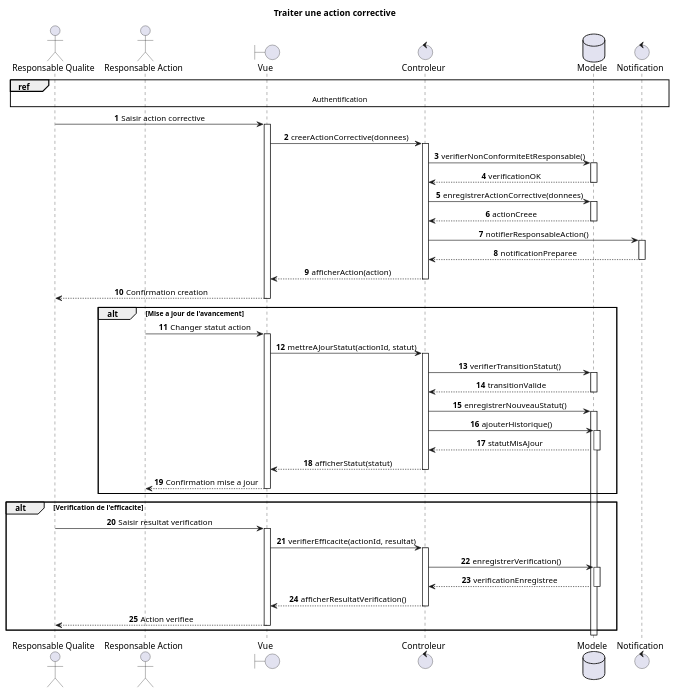
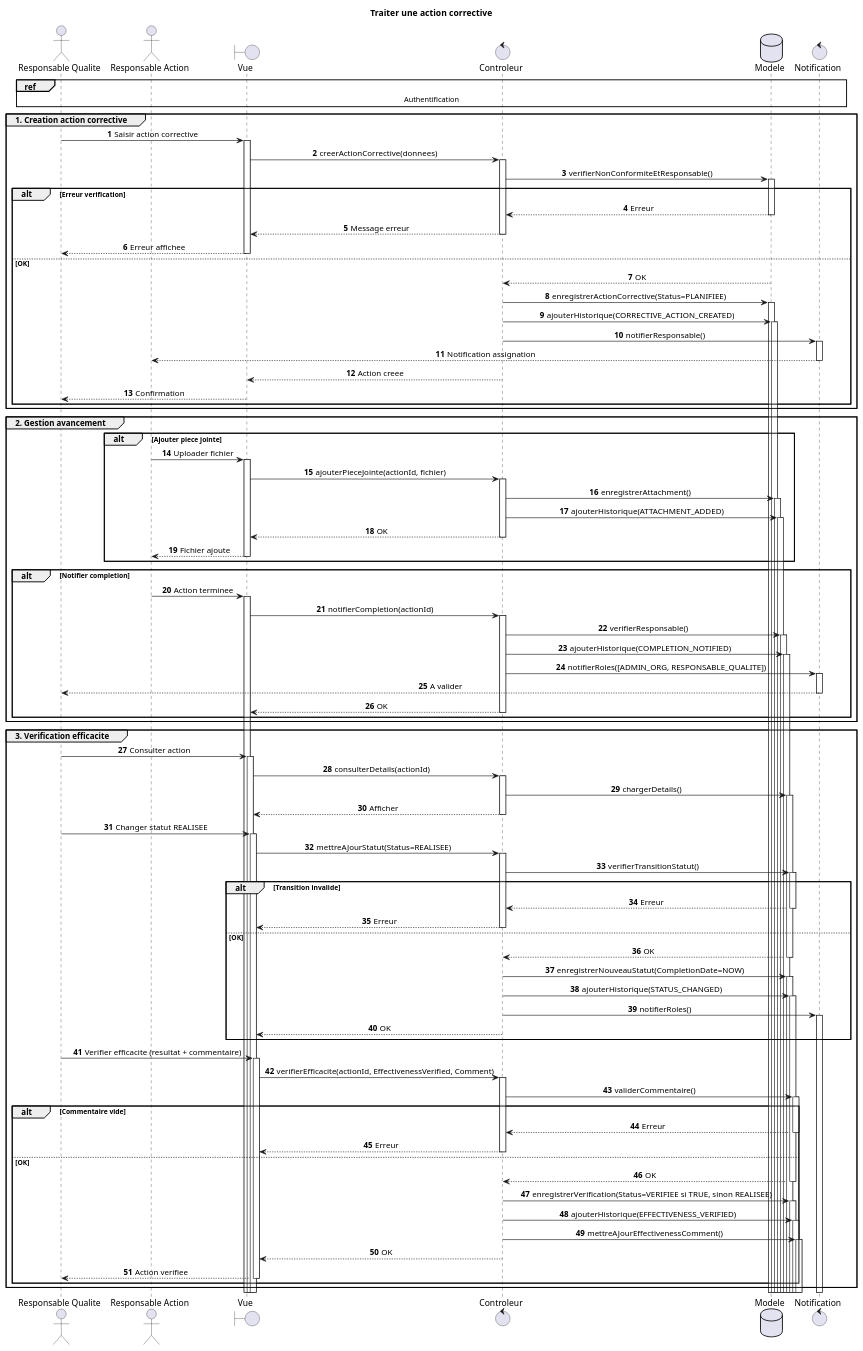
One commit to declared-as-ala/oussama changed the seventh of 10 diagrams in sequence.md. Above: the diagram before and after it, drawn with PlantUML. The commit also changed 16 other files, not shown here.

````diff
--- a/sequence.md
+++ b/sequence.md
@@ -268,37 +268,83 @@
 
 ref over RQ, N : Authentification
 
-RQ -> V : Saisir action corrective
-V -> C : creerActionCorrective(donnees)
-C -> M : verifierNonConformiteEtResponsable()
-M --> C : verificationOK
-C -> M : enregistrerActionCorrective(donnees)
-M --> C : actionCreee
-C -> N : notifierResponsableAction()
-N --> C : notificationPreparee
-C --> V : afficherAction(action)
-V --> RQ : Confirmation creation
-
-alt Mise a jour de l'avancement
-    RA -> V : Changer statut action
-    V -> C : mettreAJourStatut(actionId, statut)
-    C -> M : verifierTransitionStatut()
-    M --> C : transitionValide
-    C -> M : enregistrerNouveauStatut()
-    C -> M : ajouterHistorique()
-    M --> C : statutMisAJour
-    C --> V : afficherStatut(statut)
-    V --> RA : Confirmation mise a jour
+group 1. Creation action corrective
+    RQ -> V : Saisir action corrective
+    V -> C : creerActionCorrective(donnees)
+    C -> M : verifierNonConformiteEtResponsable()
+    
+    alt Erreur verification
+        M --> C : Erreur
+        C --> V : Message erreur
+        V --> RQ : Erreur affichee
+    else OK
+        M --> C : OK
+        C -> M : enregistrerActionCorrective(Status=PLANIFIEE)
+        C -> M : ajouterHistorique(CORRECTIVE_ACTION_CREATED)
+        C -> N : notifierResponsable()
+        N --> RA : Notification assignation
+        C --> V : Action creee
+        V --> RQ : Confirmation
+    end
 end
 
-alt Verification de l'efficacite
-    RQ -> V : Saisir resultat verification
-    V -> C : verifierEfficacite(actionId, resultat)
-    C -> M : enregistrerVerification()
-    M --> C : verificationEnregistree
-    C --> V : afficherResultatVerification()
-    V --> RQ : Action verifiee
+group 2. Gestion avancement
+    alt Ajouter piece jointe
+        RA -> V : Uploader fichier
+        V -> C : ajouterPieceJointe(actionId, fichier)
+        C -> M : enregistrerAttachment()
+        C -> M : ajouterHistorique(ATTACHMENT_ADDED)
+        C --> V : OK
+        V --> RA : Fichier ajoute
+    end
+    
+    alt Notifier completion
+        RA -> V : Action terminee
+        V -> C : notifierCompletion(actionId)
+        C -> M : verifierResponsable()
+        C -> M : ajouterHistorique(COMPLETION_NOTIFIED)
+        C -> N : notifierRoles([ADMIN_ORG, RESPONSABLE_QUALITE])
+        N --> RQ : A valider
+        C --> V : OK
+    end
 end
+
+group 3. Verification efficacite
+    RQ -> V : Consulter action
+    V -> C : consulterDetails(actionId)
+    C -> M : chargerDetails()
+    C --> V : Afficher
+    
+    RQ -> V : Changer statut REALISEE
+    V -> C : mettreAJourStatut(Status=REALISEE)
+    C -> M : verifierTransitionStatut()
+    alt Transition invalide
+        M --> C : Erreur
+        C --> V : Erreur
+    else OK
+        M --> C : OK
+        C -> M : enregistrerNouveauStatut(CompletionDate=NOW)
+        C -> M : ajouterHistorique(STATUS_CHANGED)
+        C -> N : notifierRoles()
+        C --> V : OK
+    end
+    
+    RQ -> V : Verifier efficacite (resultat + commentaire)
+    V -> C : verifierEfficacite(actionId, EffectivenessVerified, Comment)
+    C -> M : validerCommentaire()
+    alt Commentaire vide
+        M --> C : Erreur
+        C --> V : Erreur
+    else OK
+        M --> C : OK
+        C -> M : enregistrerVerification(Status=VERIFIEE si TRUE, sinon REALISEE)
+        C -> M : ajouterHistorique(EFFECTIVENESS_VERIFIED)
+        C -> M : mettreAJourEffectivenessComment()
+        C --> V : OK
+        V --> RQ : Action verifiee
+    end
+end
+
 
 @enduml
 ```
````
